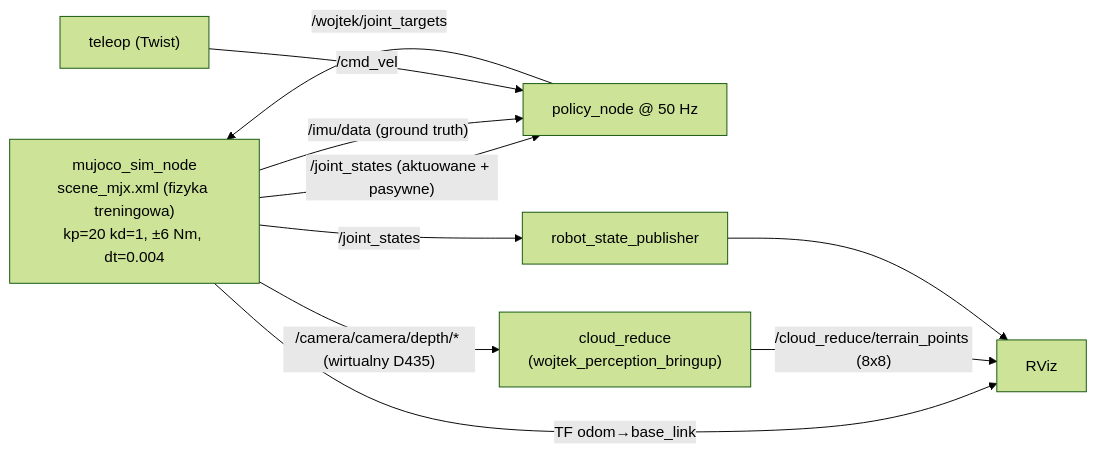
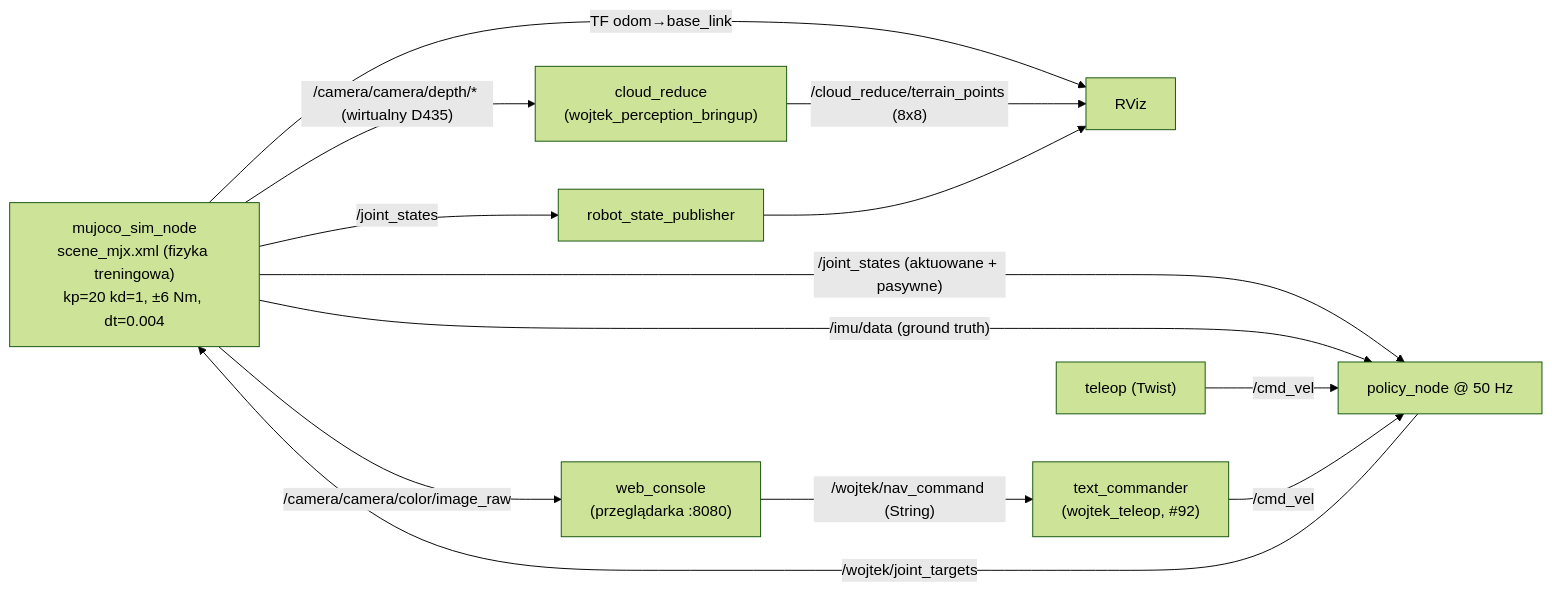
The second of 2 diagrams in docs/ros-architecture.md (machinekind/w01-tek), drawn with Mermaid (forest theme) before and after one commit. The commit also changed other lines of this file and 11 other files, not shown here.

First line of the commit message:
feat(ros): text_commander — text commands to /cmd_vel (#92) (#99)

````diff
--- a/docs/ros-architecture.md
+++ b/docs/ros-architecture.md
@@ -53,20 +53,25 @@
 ```mermaid
 flowchart LR
     SIM["mujoco_sim_node\nscene_mjx.xml (fizyka treningowa)\nkp=20 kd=1, ±6 Nm, dt=0.004"]
     POL["policy_node @ 50 Hz"]
     RSP["robot_state_publisher"]
     RVIZ["RViz"]
     TEL["teleop (Twist)"]
+    TXT["text_commander\n(wojtek_teleop, #92)"]
+    WEB["web_console\n(przeglądarka :8080)"]
 
     PERC["cloud_reduce\n(wojtek_perception_bringup)"]
 
     SIM -- "/joint_states (aktuowane + pasywne)" --> POL
     SIM -- "/imu/data (ground truth)" --> POL
     POL -- "/wojtek/joint_targets" --> SIM
     TEL -- "/cmd_vel" --> POL
+    WEB -- "/wojtek/nav_command (String)" --> TXT
+    TXT -- "/cmd_vel" --> POL
+    SIM -- "/camera/camera/color/image_raw" --> WEB
     SIM -- "TF odom→base_link" --> RVIZ
     SIM -- "/joint_states" --> RSP
     SIM -- "/camera/camera/depth/* (wirtualny D435)" --> PERC
     PERC -- "/cloud_reduce/terrain_points (8x8)" --> RVIZ
     RSP --> RVIZ
 ```
````
